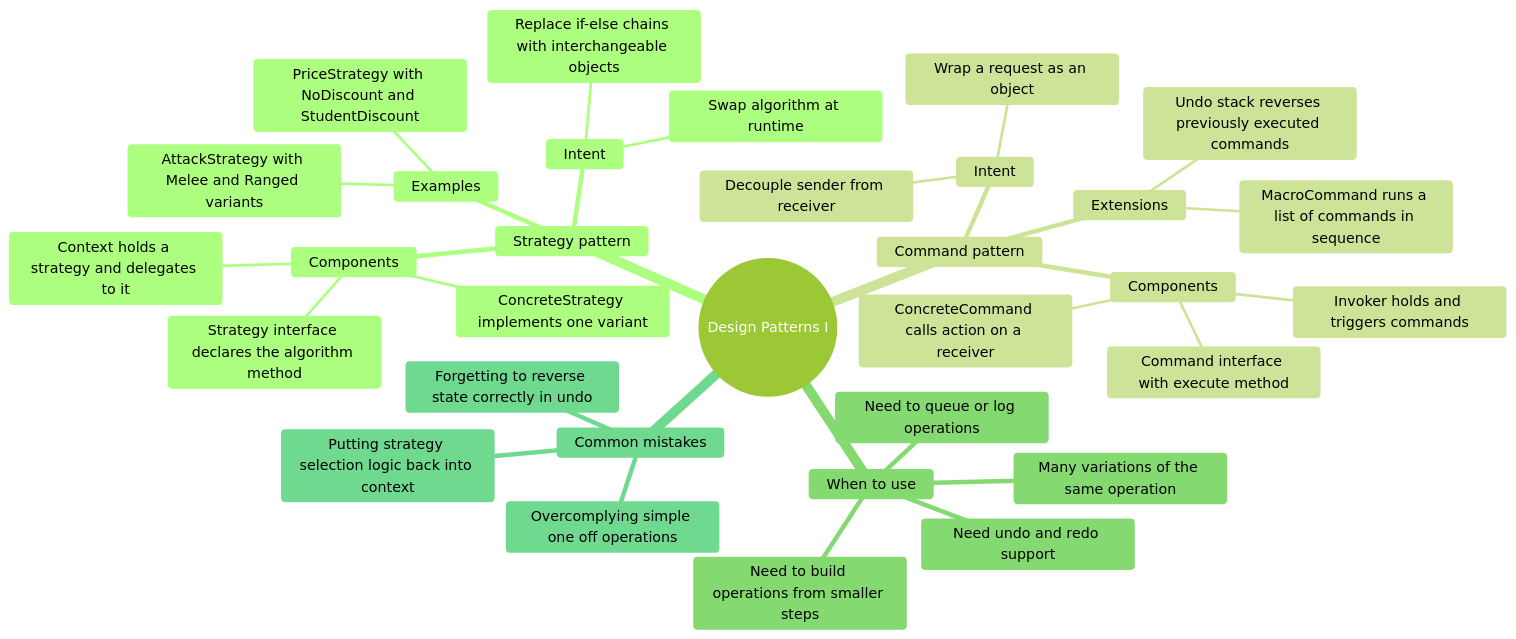
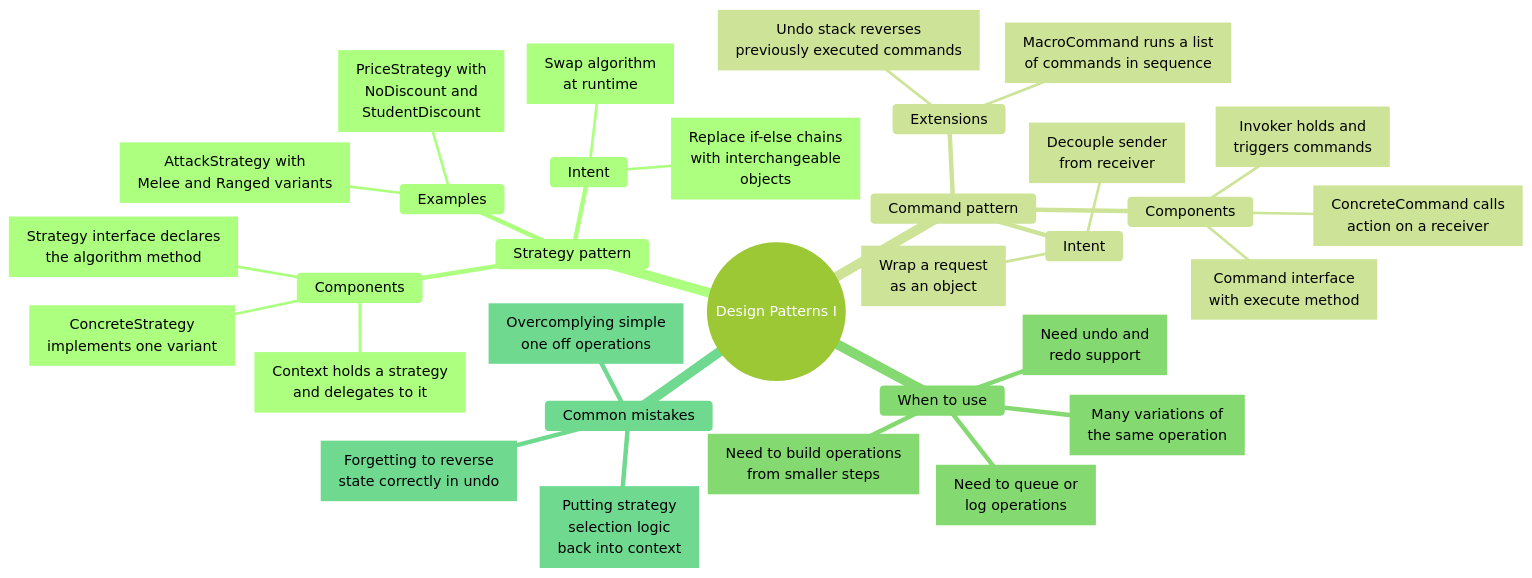
One commit to nmcguinness/L8-OOP-Module-Content changed the fourth of 13 diagrams in notes/shared/mind maps/revision_t10_t22.md. Above: the diagram before and after it, drawn with Mermaid. The commit also changed other lines of this file and 421 other files, not shown here.

Commit message:
Updated mermaid diagrams and note layout for topics 9-24.

````diff
--- a/notes/shared/mind maps/revision_t10_t22.md
+++ b/notes/shared/mind maps/revision_t10_t22.md
@@ -449,43 +531,67 @@
 ```mermaid
 ---
 title: "Design Patterns I"
 accDescr: "Mind map of Design Patterns I. Branches: Strategy pattern; Command pattern; When to use; Common mistakes."
 ---
-%%{init: { "theme": "forest" }}%%
+%%{init: { "theme": "forest", "markdownAutoWrap": false, "mindmap": { "maxNodeWidth": 300 } }}%%
 mindmap
   root((Design Patterns I))
     Strategy pattern
       Intent
-        Replace if-else chains with interchangeable objects
-        Swap algorithm at runtime
+        n1["`Replace if-else chains
+        with interchangeable
+        objects`"]
+        n2["`Swap algorithm
+        at runtime`"]
       Components
-        Strategy interface declares the algorithm method
-        ConcreteStrategy implements one variant
-        Context holds a strategy and delegates to it
+        n3["`Strategy interface declares
+        the algorithm method`"]
+        n4["`ConcreteStrategy
+        implements one variant`"]
+        n5["`Context holds a strategy
+        and delegates to it`"]
       Examples
-        AttackStrategy with Melee and Ranged variants
-        PriceStrategy with NoDiscount and StudentDiscount
+        n6["`AttackStrategy with
+        Melee and Ranged variants`"]
+        n7["`PriceStrategy with
+        NoDiscount and
+        StudentDiscount`"]
 
     Command pattern
       Intent
-        Wrap a request as an object
-        Decouple sender from receiver
+        n8["`Wrap a request
+        as an object`"]
+        n9["`Decouple sender
+        from receiver`"]
       Components
-        Command interface with execute method
-        ConcreteCommand calls action on a receiver
-        Invoker holds and triggers commands
+        n10["`Command interface
+        with execute method`"]
+        n11["`ConcreteCommand calls
+        action on a receiver`"]
+        n12["`Invoker holds and
+        triggers commands`"]
       Extensions
-        MacroCommand runs a list of commands in sequence
-        Undo stack reverses previously executed commands
+        n13["`MacroCommand runs a list
+        of commands in sequence`"]
+        n14["`Undo stack reverses
+        previously executed commands`"]
 
     When to use
-      Many variations of the same operation
-      Need to queue or log operations
-      Need undo and redo support
-      Need to build operations from smaller steps
+      n15["`Many variations of
+      the same operation`"]
+      n16["`Need to queue or
+      log operations`"]
+      n17["`Need undo and
+      redo support`"]
+      n18["`Need to build operations
+      from smaller steps`"]
 
     Common mistakes
-      Putting strategy selection logic back into context
-      Forgetting to reverse state correctly in undo
-      Overcomplying simple one off operations
+      n19["`Putting strategy
+      selection logic
+      back into context`"]
+      n20["`Forgetting to reverse
+      state correctly in undo`"]
+      n21["`Overcomplying simple
+      one off operations`"]
 ```
````
